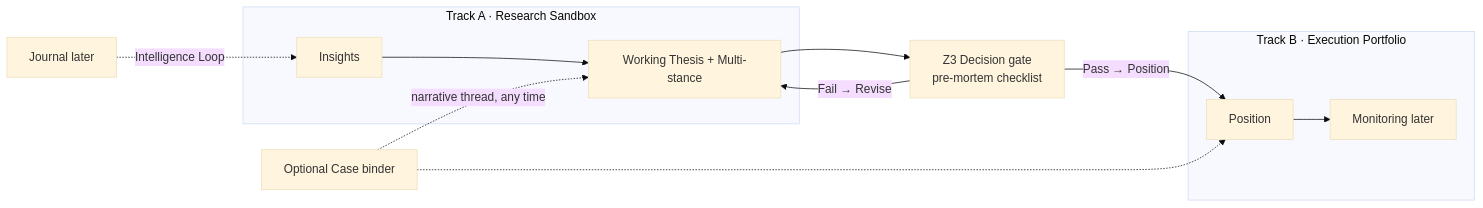
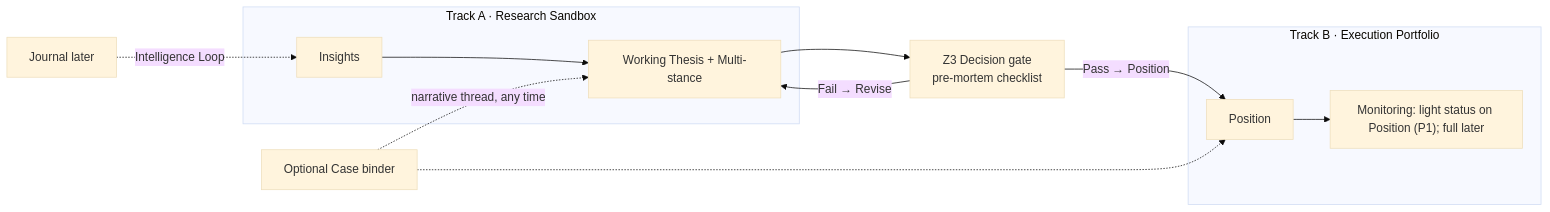
One commit to d-dragon/dp-stock-investment-assistant changed the third of 4 diagrams in docs/system/CONCEPTUAL_IA_MAP.md. Above: the diagram before and after it, drawn with Mermaid (base theme). The commit also changed other lines of this file and 10 other files, not shown here.

````diff
--- a/docs/system/CONCEPTUAL_IA_MAP.md
+++ b/docs/system/CONCEPTUAL_IA_MAP.md
@@ -160,20 +160,20 @@
 ```mermaid
 flowchart LR
   subgraph TrackA["Track A · Research Sandbox"]
     INS[Insights]
     TH[Working Thesis + Multi-stance]
   end
   GATE["Z3 Decision gate<br/>pre-mortem checklist"]
   subgraph TrackB["Track B · Execution Portfolio"]
     PF[Position]
-    MON[Monitoring later]
+    MON["Monitoring: light status on Position (P1); full later"]
   end
   INS --> TH
   TH --> GATE
   GATE -->|"Pass → Position"| PF
   GATE -->|"Fail → Revise"| TH
   PF --> MON
   J[Journal later] -.->|"Intelligence Loop"| INS
   CASE["Optional Case binder"] -.->|"narrative thread, any time"| TH
   CASE -.-> PF
 ```
````
